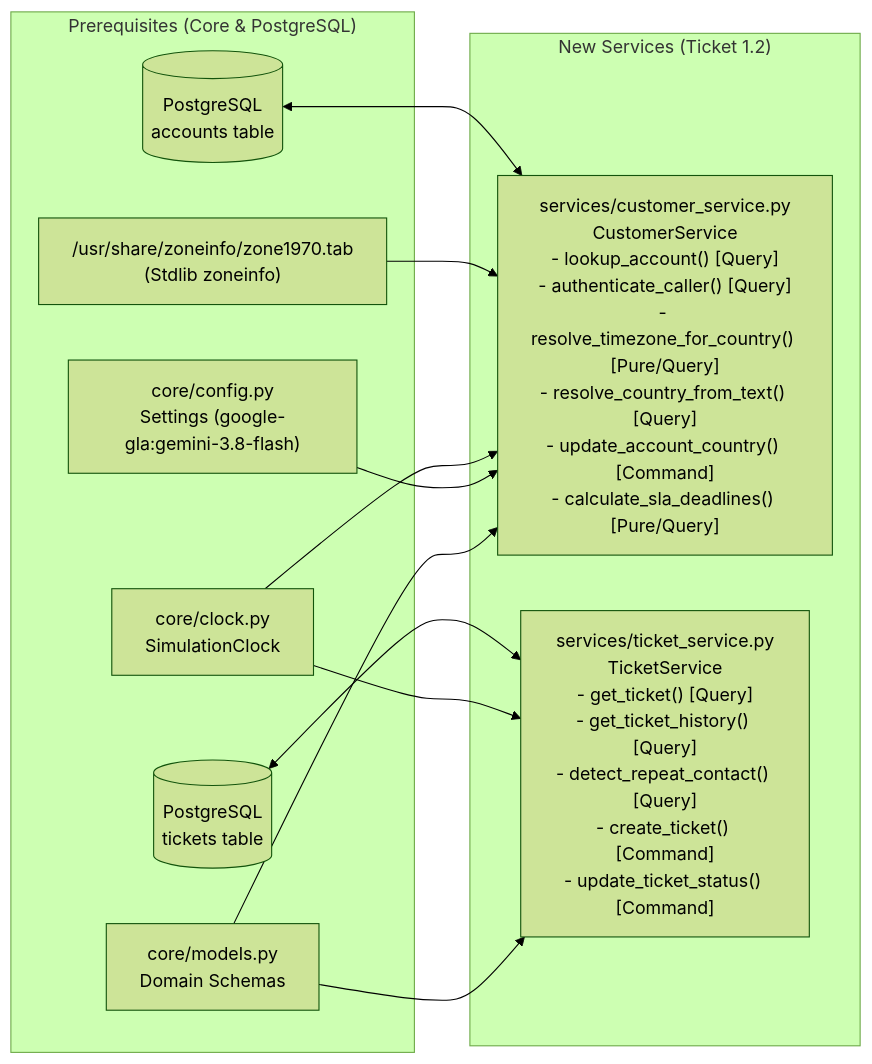
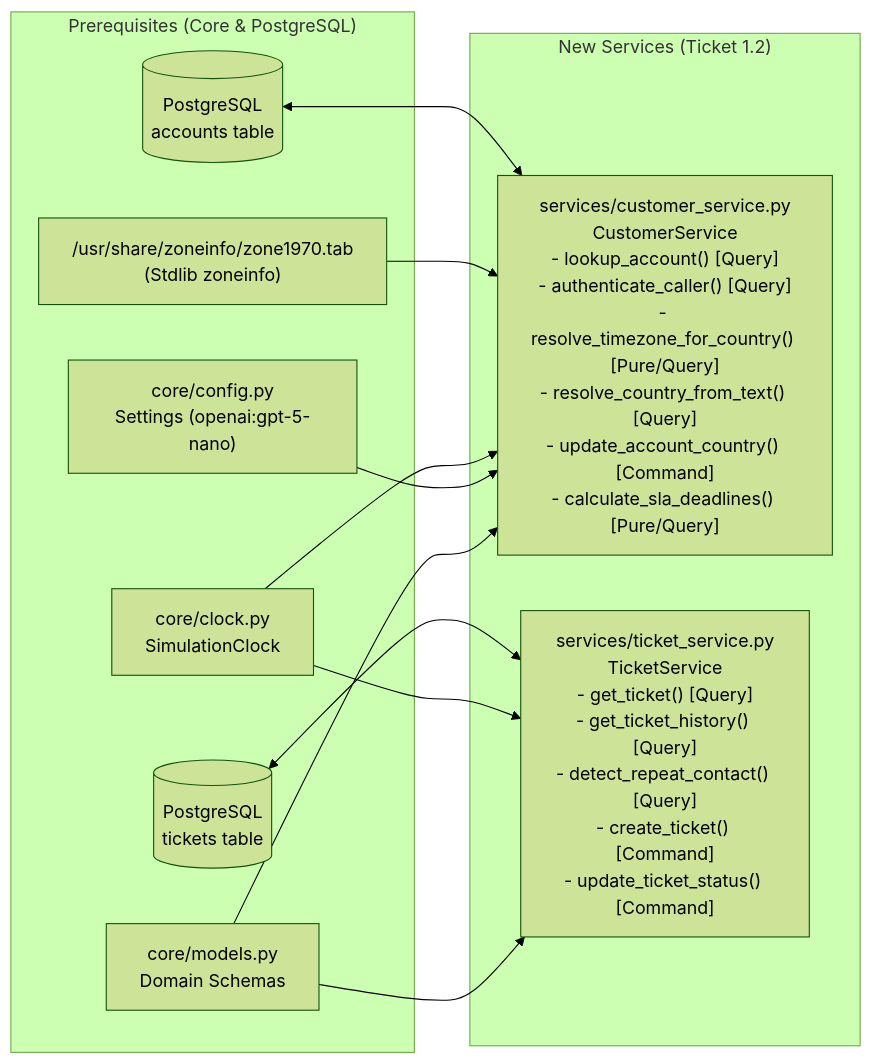
Before and after one commit to yaara-manor/cato-networks: the diagram in docs/plans/12-account_and_sla_matrix/01-services/plan.md, drawn with Mermaid (forest theme). The commit also changed other lines of this file and 6 other files, not shown here.

Commit message:
use gpt 5 nano

````diff
--- a/docs/plans/12-account_and_sla_matrix/01-services/plan.md
+++ b/docs/plans/12-account_and_sla_matrix/01-services/plan.md
@@ -11,26 +11,26 @@
 ```mermaid
 flowchart LR
     subgraph Core_And_DB["Prerequisites (Core & PostgreSQL)"]
         SimClock["core/clock.py\nSimulationClock"]
-        Config["core/config.py\nSettings (google-gla:gemini-3.8-flash)"]
+        Config["core/config.py\nSettings (openai:gpt-5-nano)"]
         Models["core/models.py\nDomain Schemas"]
         PG_Accounts[("PostgreSQL\naccounts table")]
         PG_Tickets[("PostgreSQL\ntickets table")]
         ZoneTab["/usr/share/zoneinfo/zone1970.tab\n(Stdlib zoneinfo)"]
     end
 
     subgraph Services_Layer["New Services (Ticket 1.2)"]
         CustSvc["services/customer_service.py\nCustomerService\n- lookup_account() [Query]\n- authenticate_caller() [Query]\n- resolve_timezone_for_country() [Pure/Query]\n- resolve_country_from_text() [Query]\n- update_account_country() [Command]\n- calculate_sla_deadlines() [Pure/Query]"]
         TicketSvc["services/ticket_service.py\nTicketService\n- get_ticket() [Query]\n- get_ticket_history() [Query]\n- detect_repeat_contact() [Query]\n- create_ticket() [Command]\n- update_ticket_status() [Command]"]
     end
 
     PG_Accounts <--> CustSvc
     ZoneTab --> CustSvc
     SimClock --> CustSvc
     Config --> CustSvc
     Models --> CustSvc
 
     PG_Tickets <--> TicketSvc
     SimClock --> TicketSvc
     Models --> TicketSvc
 ```
````
